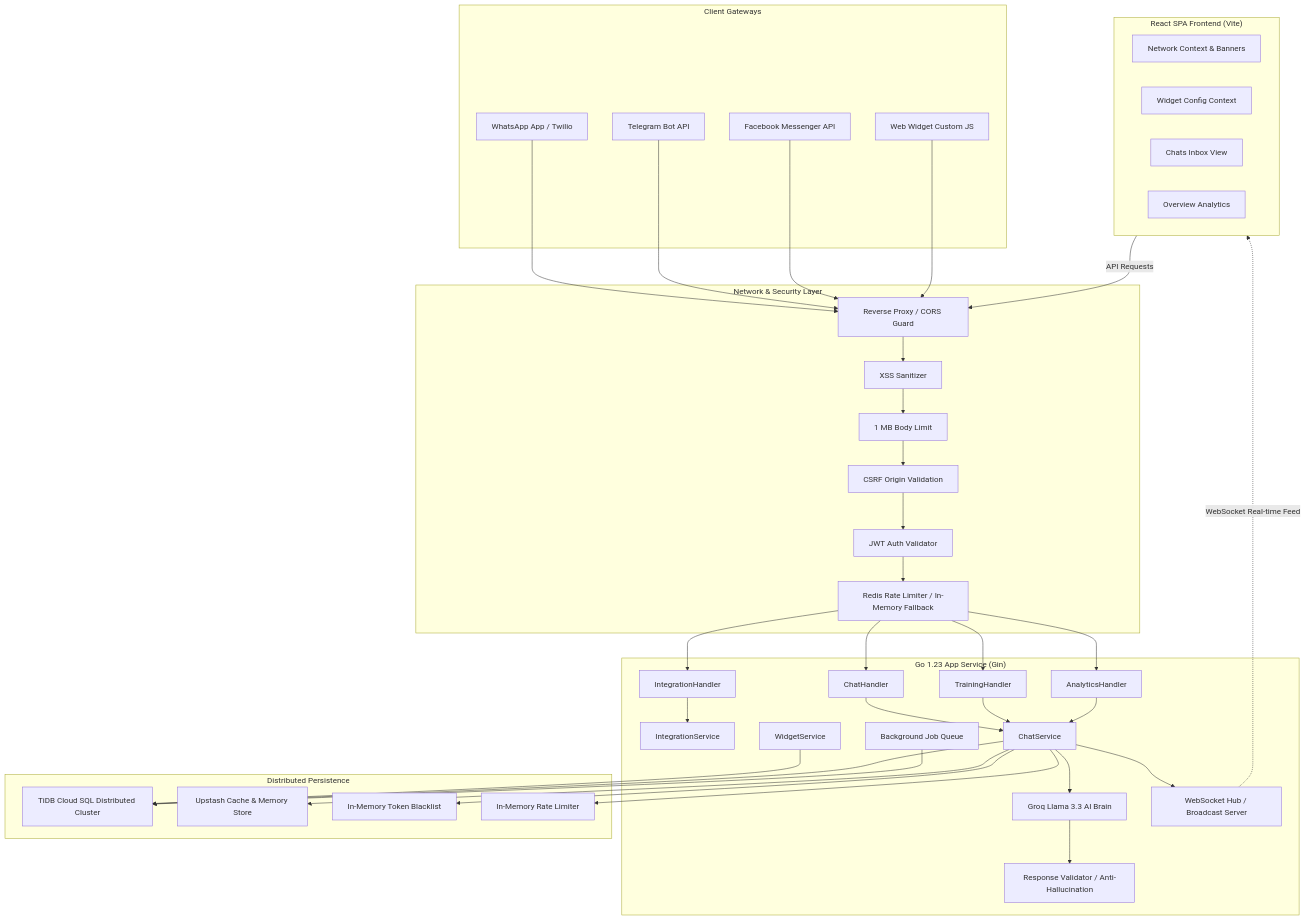
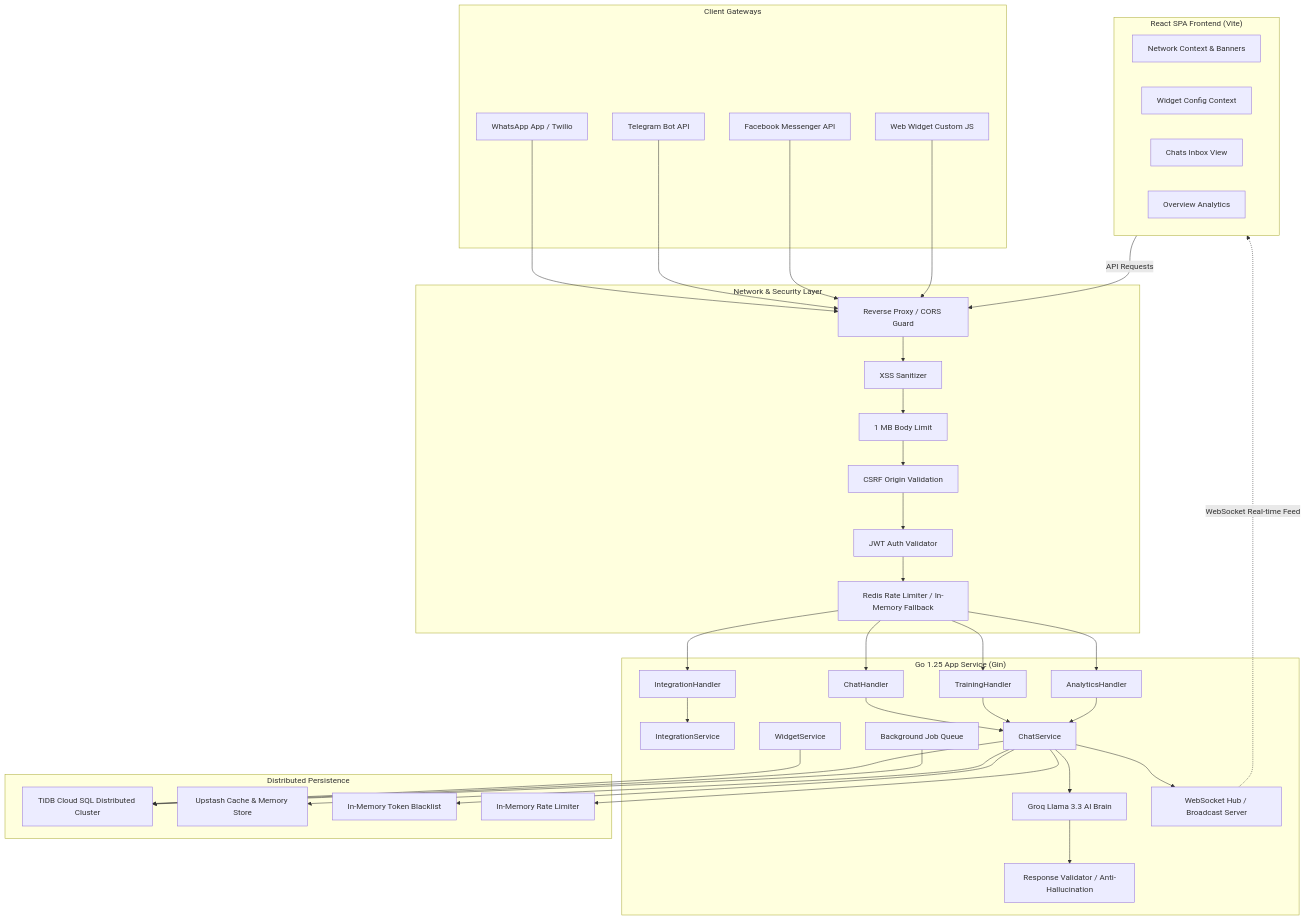
The first of 3 diagrams in README.md (noant-enterprise/noant), drawn with Mermaid before and after one commit. The commit also changed other lines of this file and 84 other files, not shown here.

```diff
--- a/README.md
+++ b/README.md
@@ -174,7 +174,7 @@
         SANITIZE[XSS Sanitizer]
     end
 
-    subgraph Backend ["Go 1.23 App Service (Gin)"]
+    subgraph Backend ["Go 1.25 App Service (Gin)"]
         H_CHATS[ChatHandler]
         H_INTEG[IntegrationHandler]
         H_TRAIN[TrainingHandler]
```
